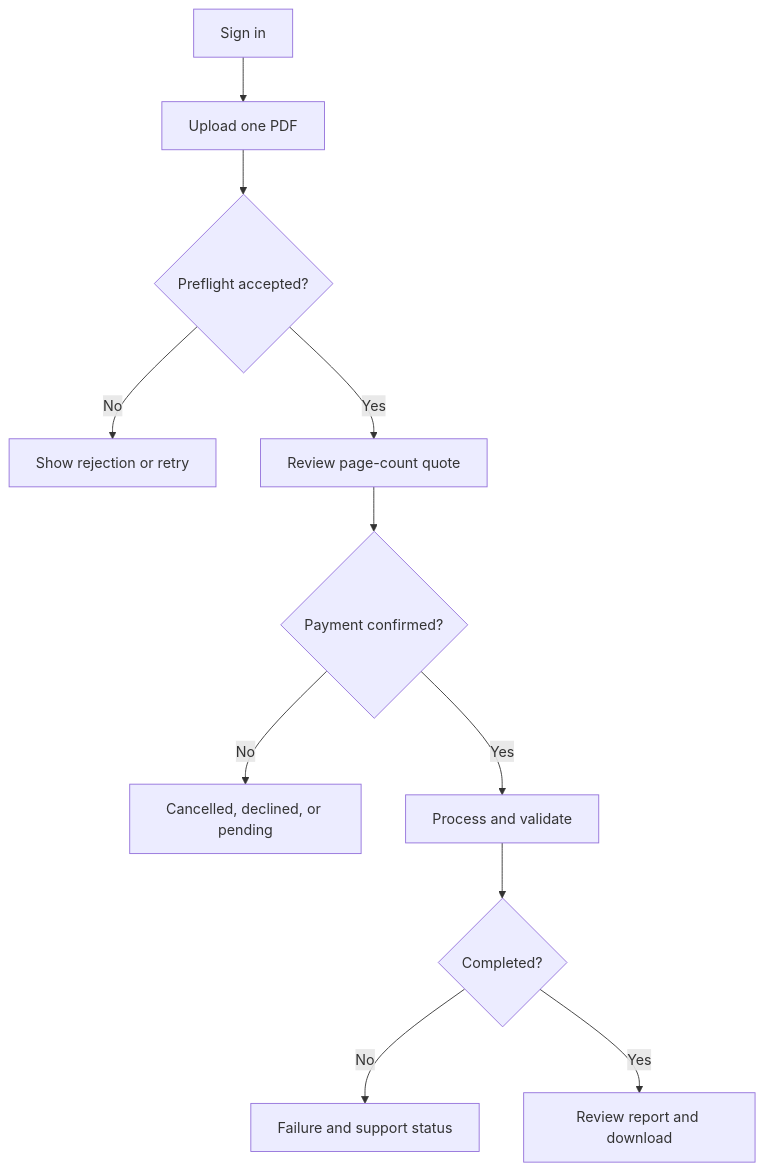
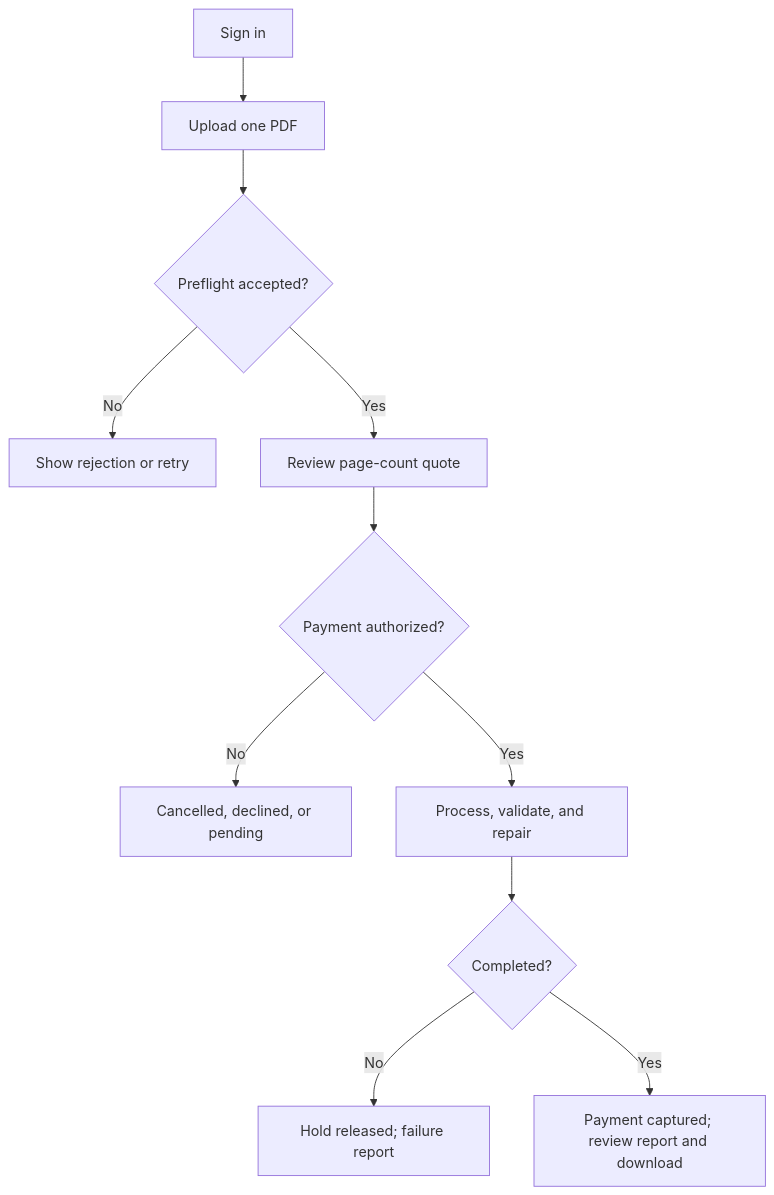
One commit to pints1ze/pdfremediation changed the second of 2 diagrams in docs/PRD.md. Above: the diagram before and after it, drawn with Mermaid. The commit also changed other lines of this file and 3 other files, not shown here.

````diff
--- a/docs/PRD.md
+++ b/docs/PRD.md
@@ -726,13 +760,13 @@
 ```mermaid
 flowchart TD
     A["Sign in"] --> B["Upload one PDF"]
     B --> C{"Preflight accepted?"}
     C -- No --> D["Show rejection or retry"]
     C -- Yes --> E["Review page-count quote"]
-    E --> F{"Payment confirmed?"}
+    E --> F{"Payment authorized?"}
     F -- No --> G["Cancelled, declined, or pending"]
-    F -- Yes --> H["Process and validate"]
+    F -- Yes --> H["Process, validate, and repair"]
     H --> I{"Completed?"}
-    I -- No --> J["Failure and support status"]
-    I -- Yes --> K["Review report and download"]
+    I -- No --> J["Hold released; failure report"]
+    I -- Yes --> K["Payment captured; review report and download"]
 ```
````
